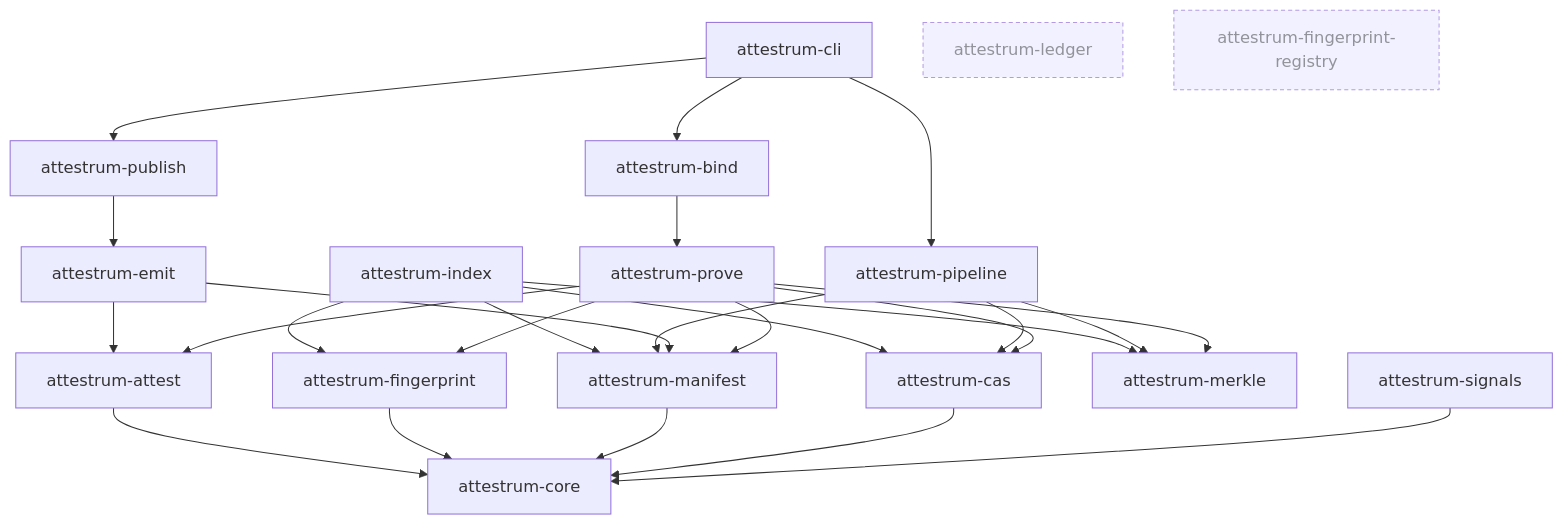
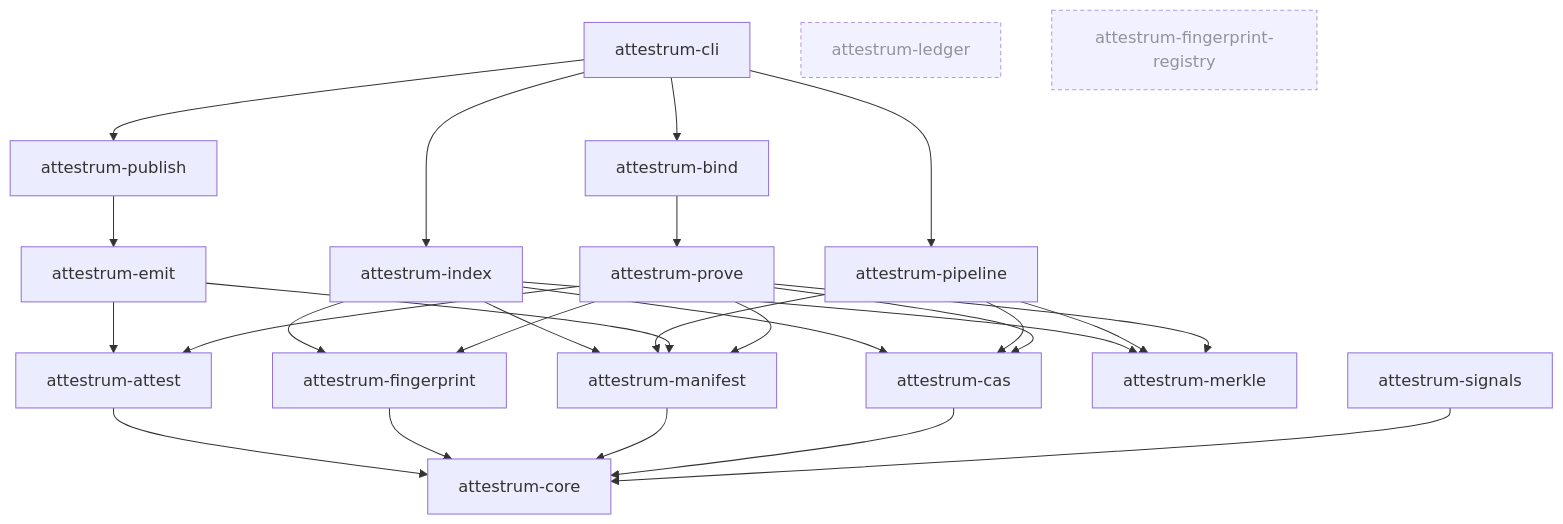
Before and after one commit to Attestrum/Attestrum: the diagram in docs/diagrams/overview/crate-deps.md, drawn with Mermaid. The commit also changed other lines of this file and 9 other files, not shown here.

````diff
--- a/docs/diagrams/overview/crate-deps.md
+++ b/docs/diagrams/overview/crate-deps.md
@@ -17,38 +17,39 @@
 ```mermaid
 flowchart TD
   CLI[attestrum-cli] --> BD[attestrum-bind]
   CLI --> P[attestrum-pipeline]
   CLI --> PB[attestrum-publish]
 
   BD --> PV[attestrum-prove]
   PB --> EM[attestrum-emit]
 
   PV --> AT[attestrum-attest]
   PV --> CAS[attestrum-cas]
   PV --> FP[attestrum-fingerprint]
   PV --> M[attestrum-manifest]
   PV --> MK[attestrum-merkle]
 
   EM --> AT
   EM --> M
 
   P --> CAS
   P --> M
   P --> MK
 
-  IX[attestrum-index] --> FP
+  CLI --> IX[attestrum-index]
+  IX --> FP
   IX --> CAS
   IX --> M
   IX --> MK
 
   S[attestrum-signals] --> C[attestrum-core]
   CAS --> C
   M --> C
   FP --> C
   AT --> C
 
   L[attestrum-ledger]:::unwired
   FR[attestrum-fingerprint-registry]:::unwired
 
   classDef unwired stroke-dasharray: 4 3,opacity:0.7
 ```
````
